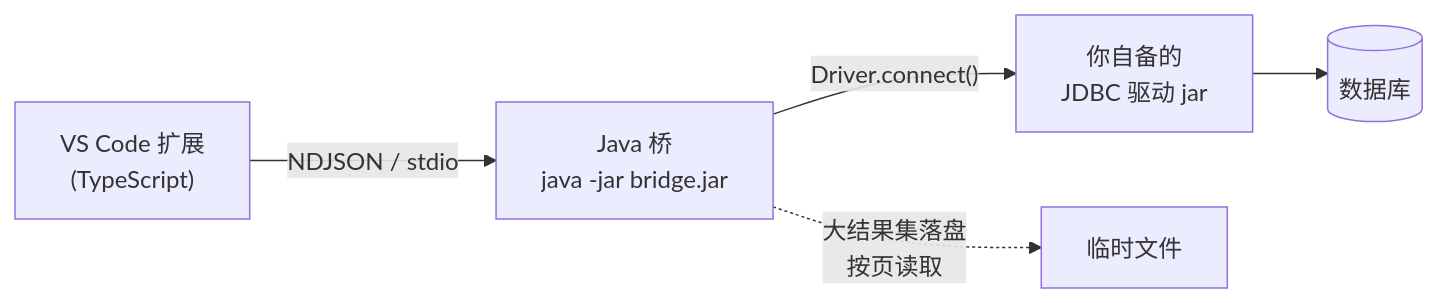
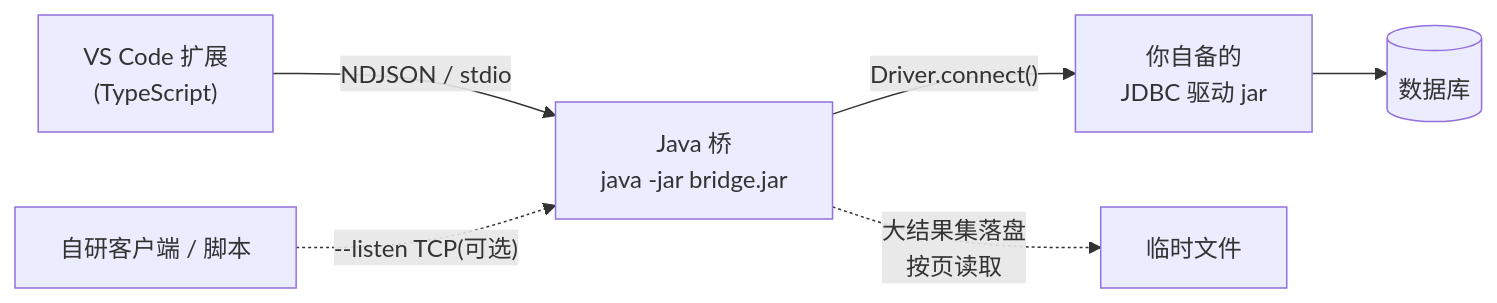
One commit to livebug/open-dbclient changed the diagram in README.md. Above: the diagram before and after it, drawn with Mermaid. The commit also changed other lines of this file and 1 other file, not shown here.

````diff
--- a/README.md
+++ b/README.md
@@ -16,7 +18,8 @@
 ```mermaid
 flowchart LR
     A["VS Code 扩展<br/>(TypeScript)"] -- "NDJSON / stdio" --> B["Java 桥<br/>java -jar bridge.jar"]
+    F["自研客户端 / 脚本"] -. "--listen TCP(可选)" .-> B
     B -- "Driver.connect()" --> C["你自备的<br/>JDBC 驱动 jar"]
     C --> D[("数据库")]
     B -. "大结果集落盘<br/>按页读取" .-> E["临时文件"]
 ```
````
